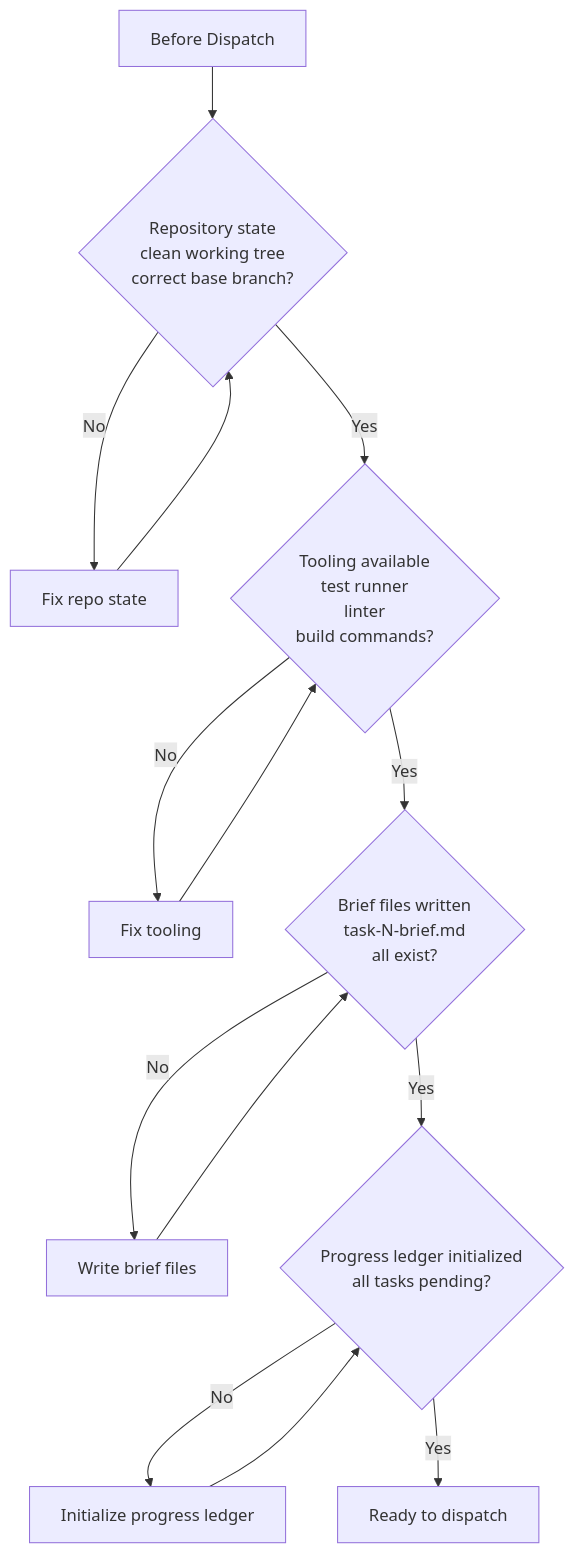
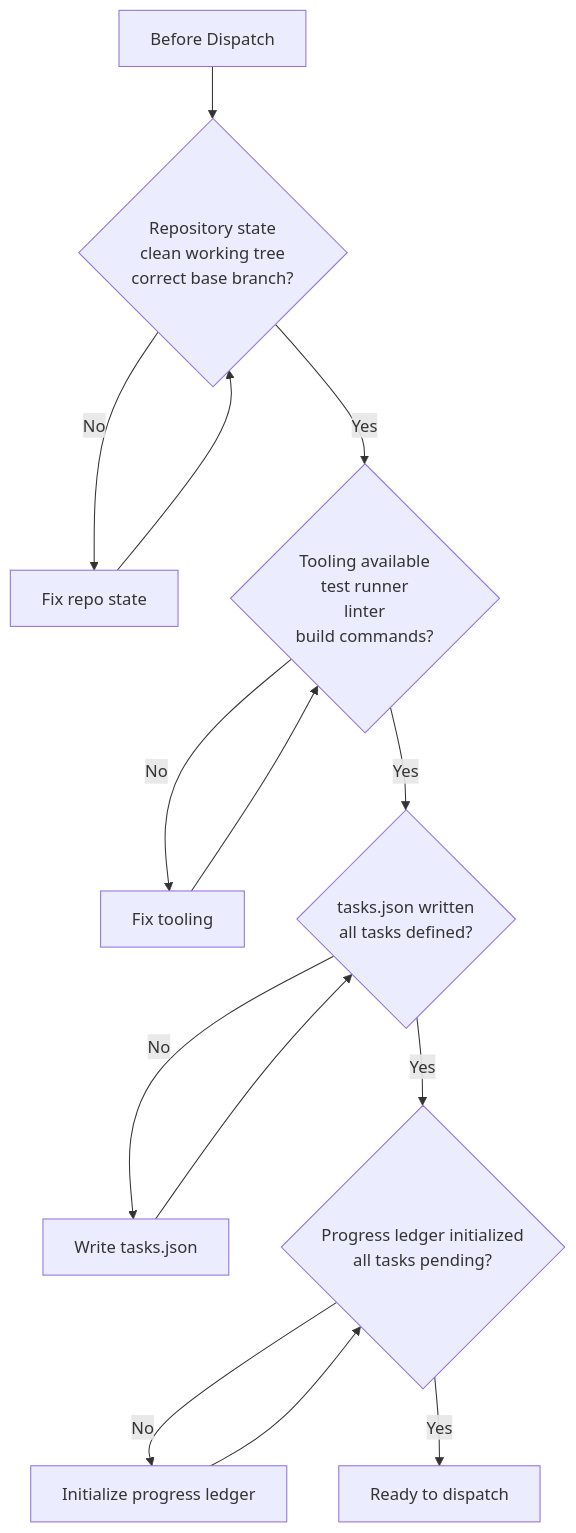
One commit to gugacarbo/agents-skills changed diagram 11 of 12 in super-planning/README.md. Above: the diagram before and after it, drawn with Mermaid. The commit also changed other lines of this file and 10 other files, not shown here.

````diff
--- a/super-planning/README.md
+++ b/super-planning/README.md
@@ -247,16 +243,16 @@
 ```mermaid
 flowchart
     START[Before Dispatch] --> F1{Repository state<br/>clean working tree<br/>correct base branch?}
     F1 -->|No| FIX1[Fix repo state]
     F1 -->|Yes| F2{Tooling available<br/>test runner<br/>linter<br/>build commands?}
     FIX1 --> F1
     F2 -->|No| FIX2[Fix tooling]
-    F2 -->|Yes| F3{Brief files written<br/>task-N-brief.md<br/>all exist?}
+    F2 -->|Yes| F3{tasks.json written<br/>all tasks defined?}
     FIX2 --> F2
-    F3 -->|No| FIX3[Write brief files]
+    F3 -->|No| FIX3[Write tasks.json]
     F3 -->|Yes| F4{Progress ledger initialized<br/>all tasks pending?}
     FIX3 --> F3
     F4 -->|No| FIX4[Initialize progress ledger]
     F4 -->|Yes| READY[Ready to dispatch]
     FIX4 --> F4
 ```
````
